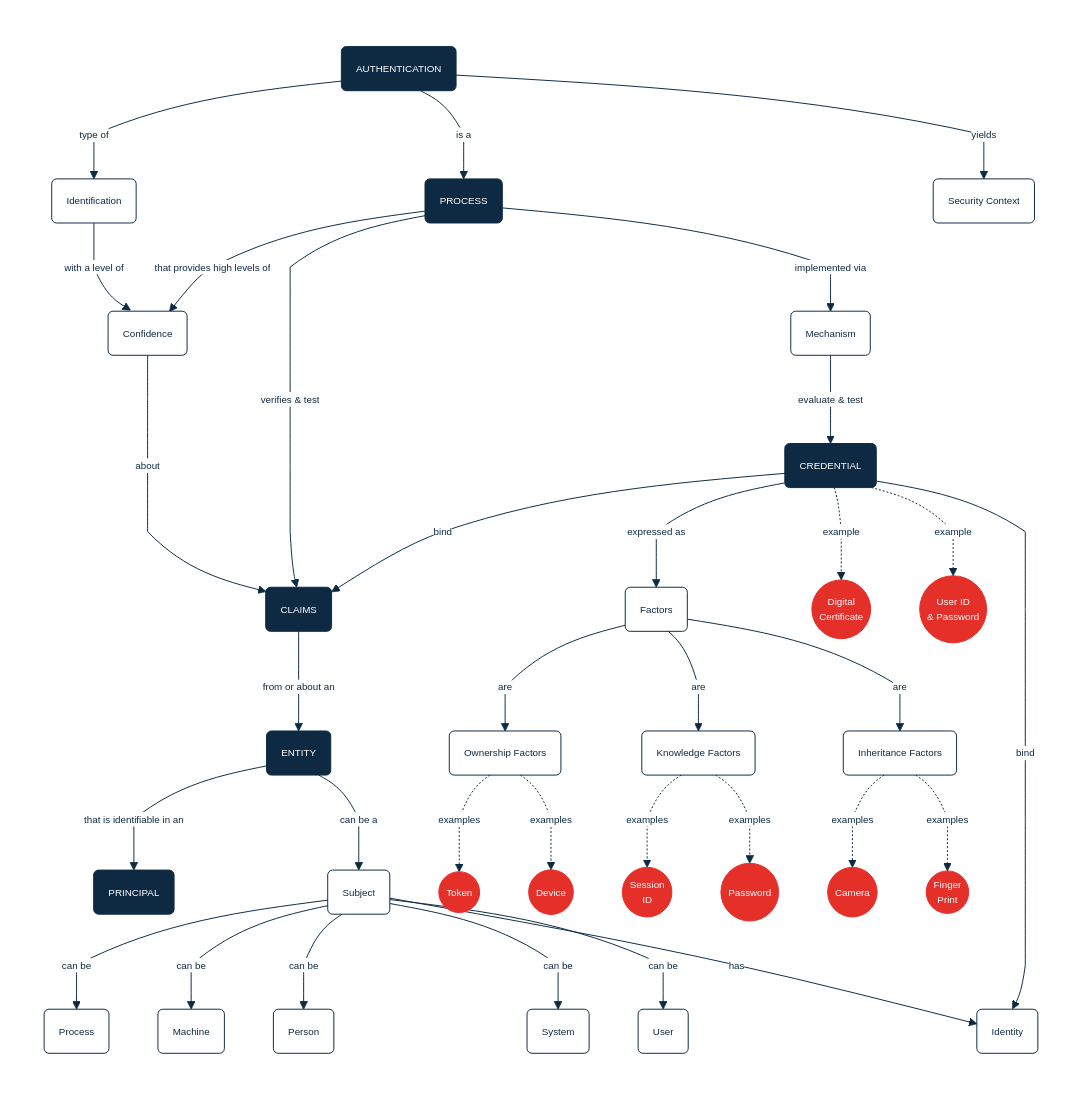
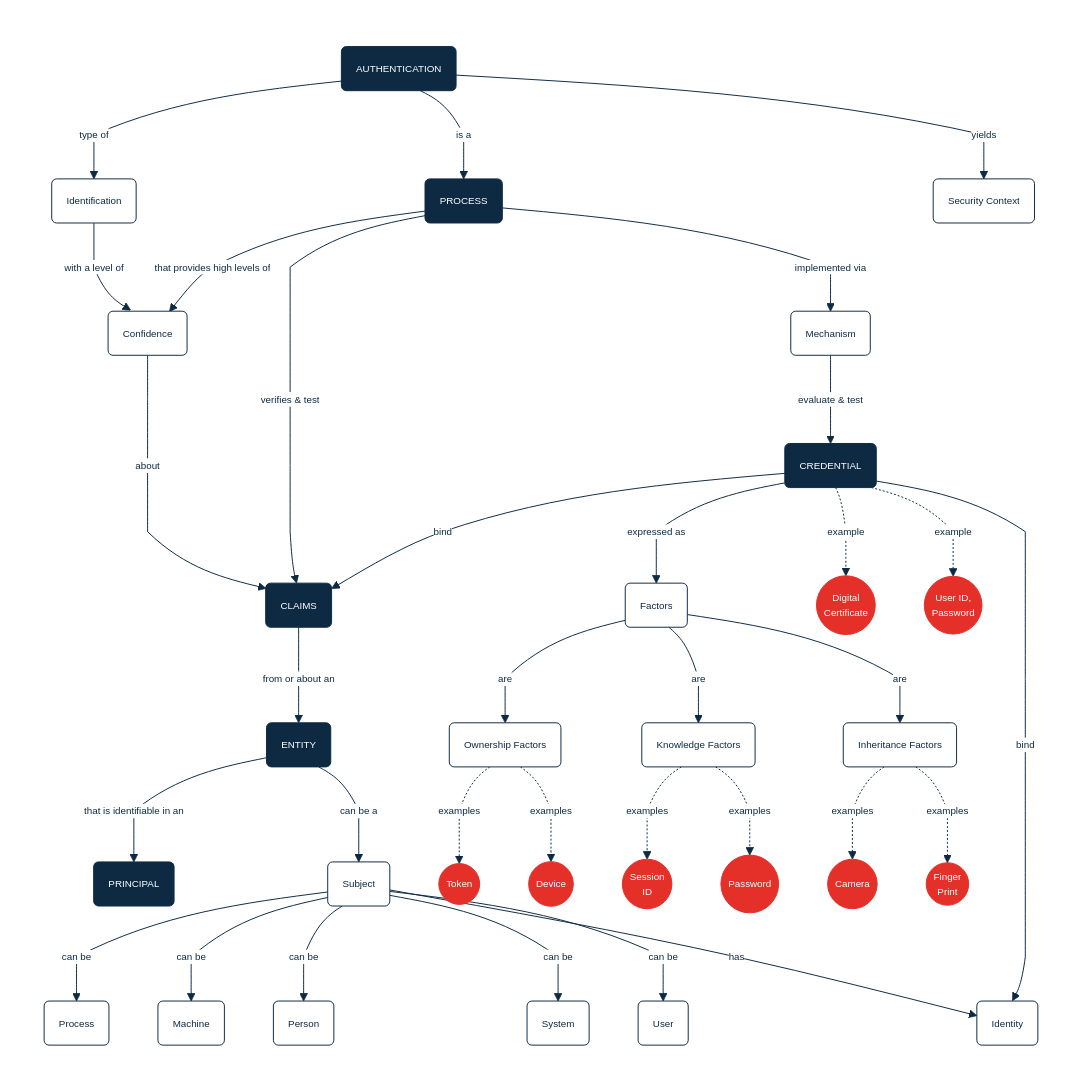
The first of 2 diagrams in implementation-line/access-control/ac-domain-model/README.md (cybnity/domain-access-control), drawn with Mermaid before and after one commit. The commit also changed 47 other files, not shown here.

````diff
--- a/implementation-line/access-control/ac-domain-model/README.md
+++ b/implementation-line/access-control/ac-domain-model/README.md
@@ -6,65 +6,65 @@
 ```mermaid
 %%{
   init: {
     'theme': 'base',
     'themeVariables': {
         'background': '#ffffff',
         'fontFamily': 'arial',
         'fontSize': '10px',
         'primaryColor': '#fff',
         'primaryTextColor': '#0e2a43',
         'primaryBorderColor': '#0e2a43',
         'secondaryColor': '#fff',
         'secondaryTextColor': '#fff',
         'secondaryBorderColor': '#fff',
         'tertiaryColor': '#fff',
         'tertiaryTextColor': '#fff',
         'tertiaryBorderColor': '#fff',
         'edgeLabelBackground':'#fff',
         'lineColor': '#0e2a43',
         'titleColor': '#fff',
         'textColor': '#fff',
         'lineColor': '#0e2a43',
         'nodeTextColor': '#fff',
         'nodeBorder': '#0e2a43',
         'noteTextColor': '#fff',
         'noteBorderColor': '#fff'
     },
     'flowchart': { 'curve': 'monotoneX' }
   }
 }%%
 flowchart TB
   subgraph global
     direction TB
     id1(AUTHENTICATION)
     id1 -- type of --> id2(Identification)
     id1 -- is a --> id3(PROCESS)
     id1 -- yields --> id4(Security Context)
     id2 -- with a level of --> id5(Confidence)
     id3 -- that provides high levels of --> id5
     id3 -- verifies & test --> id6(CLAIMS)
     id5 -- about --> id6
     id3 -- implemented via --> id7(Mechanism)
     id7 -- evaluate & test --> id14(CREDENTIAL)
 
     id6 -- from or about an --> id22(ENTITY)
     id22 -- that is identifiable in an --> id29(PRINCIPAL)
     id22 -- can be a --> id23(Subject)
     id14 -- bind --> id6
 
     id14 -- expressed as --> id13
     id13(Factors) -- are --> id8(Ownership Factors) & id9(Knowledge Factors) & id10(Inheritance Factors)
     id8 -. examples .-> id11((Token)) & id12((Device))
     id9 -. examples .-> id15((Session<br>ID)) & id16((Password))
     id10 -. examples .-> id17((Camera)) & id18((Finger<br>Print))
-    id14 -. example .-> id20((Digital<br>Certificate)) & id21((User ID<br>& Password))
+    id14 -. example .-> id20((Digital<br>Certificate)) & id21((User ID,<br> Password))
     id23 -- can be --> id24(Process) & id25(Machine) & id26(Person) & id27(System) & id28(User)
     id23 -- has --> id19
     id14 -- bind --> id19(Identity)
   end
   classDef concern fill:#0e2a43, color:#fff
   classDef example fill:#e5302a, stroke:#e5302a, color:#fff
   class id1,id3,id6,id14,id22,id29 concern;
   class id11,id12,id15,id16,id17,id18,id20,id21 example;
 
 ```
````
